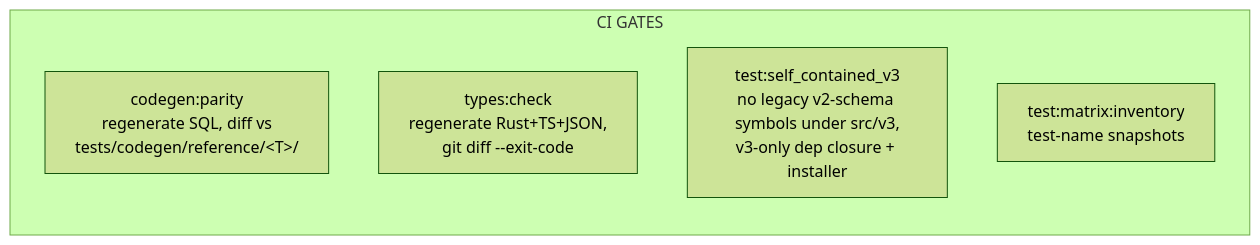
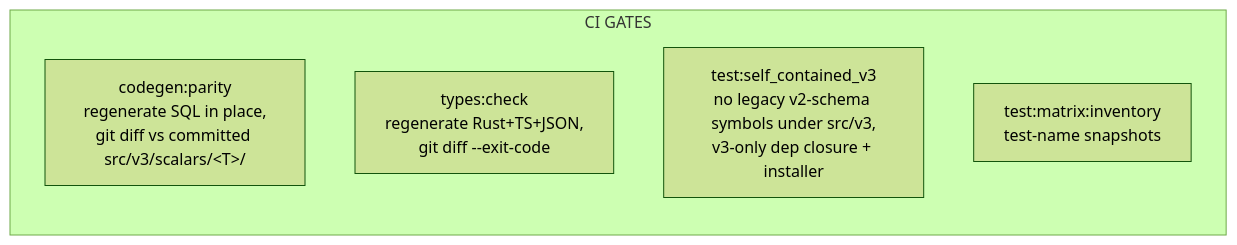
Diagram 14 of 15 in docs/reference/catalog-driven-architecture.md (cipherstash/encrypt-query-language), drawn with Mermaid (forest theme) before and after one commit. The commit also changed other lines of this file and 227 other files, not shown here.

````diff
--- a/docs/reference/catalog-driven-architecture.md
+++ b/docs/reference/catalog-driven-architecture.md
@@ -508,9 +508,9 @@
 ```mermaid
 flowchart LR
     subgraph gates["CI GATES"]
-        CP["codegen:parity<br/>regenerate SQL, diff vs<br/>tests/codegen/reference/&lt;T&gt;/"]
+        CP["codegen:parity<br/>regenerate SQL in place,<br/>git diff vs committed src/v3/scalars/&lt;T&gt;/"]
         TC["types:check<br/>regenerate Rust+TS+JSON,<br/>git diff --exit-code"]
         SC["test:self_contained_v3<br/>no legacy v2-schema symbols under src/v3,<br/>v3-only dep closure + installer"]
         MI["test:matrix:inventory<br/>test-name snapshots"]
     end
 ```
````
